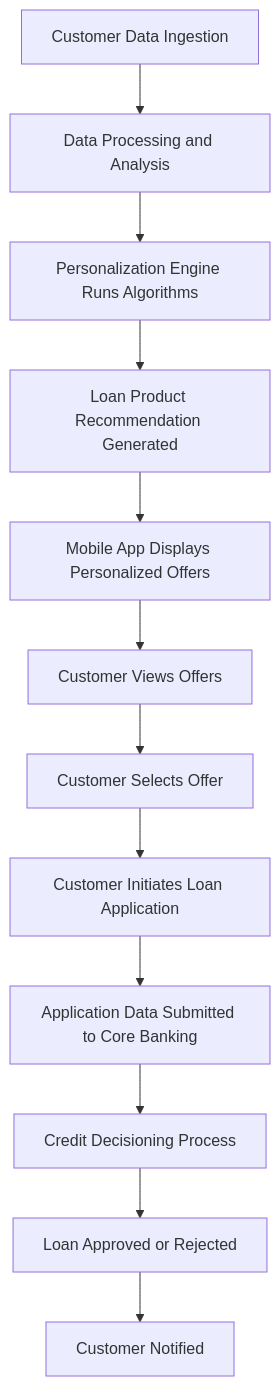
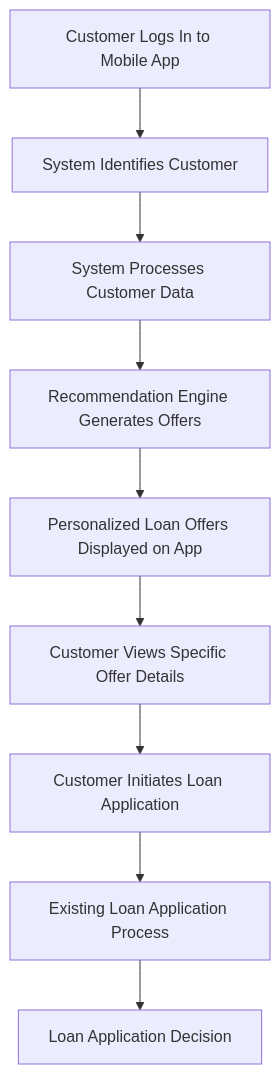
Before and after one commit to yadus1111/agentic-ba-project: the diagram in output/diagram_2.mmd, drawn with Mermaid. The commit also changed 11 other files, not shown here.

```diff
--- a/output/diagram_2.mmd
+++ b/output/diagram_2.mmd
@@ -1,12 +1,9 @@
 flowchart TD
-A[Customer Data Ingestion] --> B[Data Processing and Analysis]
-B --> C[Personalization Engine Runs Algorithms]
-C --> D[Loan Product Recommendation Generated]
-D --> E[Mobile App Displays Personalized Offers]
-E --> F[Customer Views Offers]
-F --> G[Customer Selects Offer]
-G --> H[Customer Initiates Loan Application]
-H --> I[Application Data Submitted to Core Banking]
-I --> J[Credit Decisioning Process]
-J --> K[Loan Approved or Rejected]
-K --> L[Customer Notified]
+A[Customer Logs In to Mobile App] --> B[System Identifies Customer]
+B --> C[System Processes Customer Data]
+C --> D[Recommendation Engine Generates Offers]
+D --> E[Personalized Loan Offers Displayed on App]
+E --> F[Customer Views Specific Offer Details]
+F --> G[Customer Initiates Loan Application]
+G --> H[Existing Loan Application Process]
+H --> I[Loan Application Decision]
```
